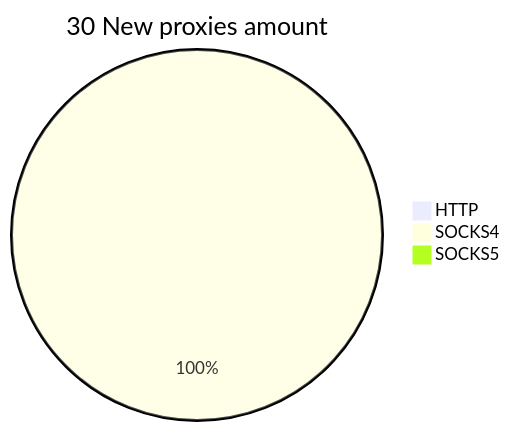
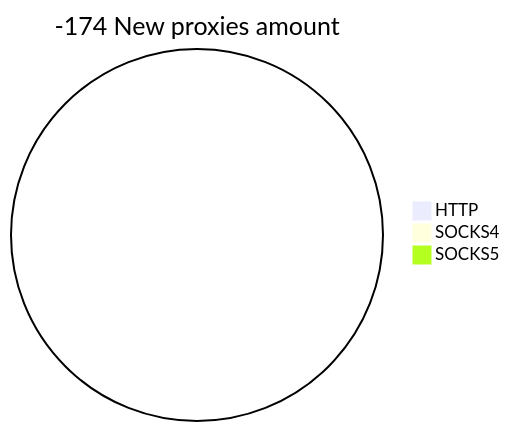
The second of 2 diagrams in README.md (cutipu/proxylist), drawn with Mermaid before and after one commit. The commit also changed other lines of this file, not shown here.

````diff
--- a/README.md
+++ b/README.md
@@ -10,6 +10,6 @@
 ```mermaid
-pie title 30 New proxies amount
+pie title -174 New proxies amount
     "HTTP" : 0
-    "SOCKS4" : 48
+    "SOCKS4" : 0
     "SOCKS5" : 0
 ```
````
